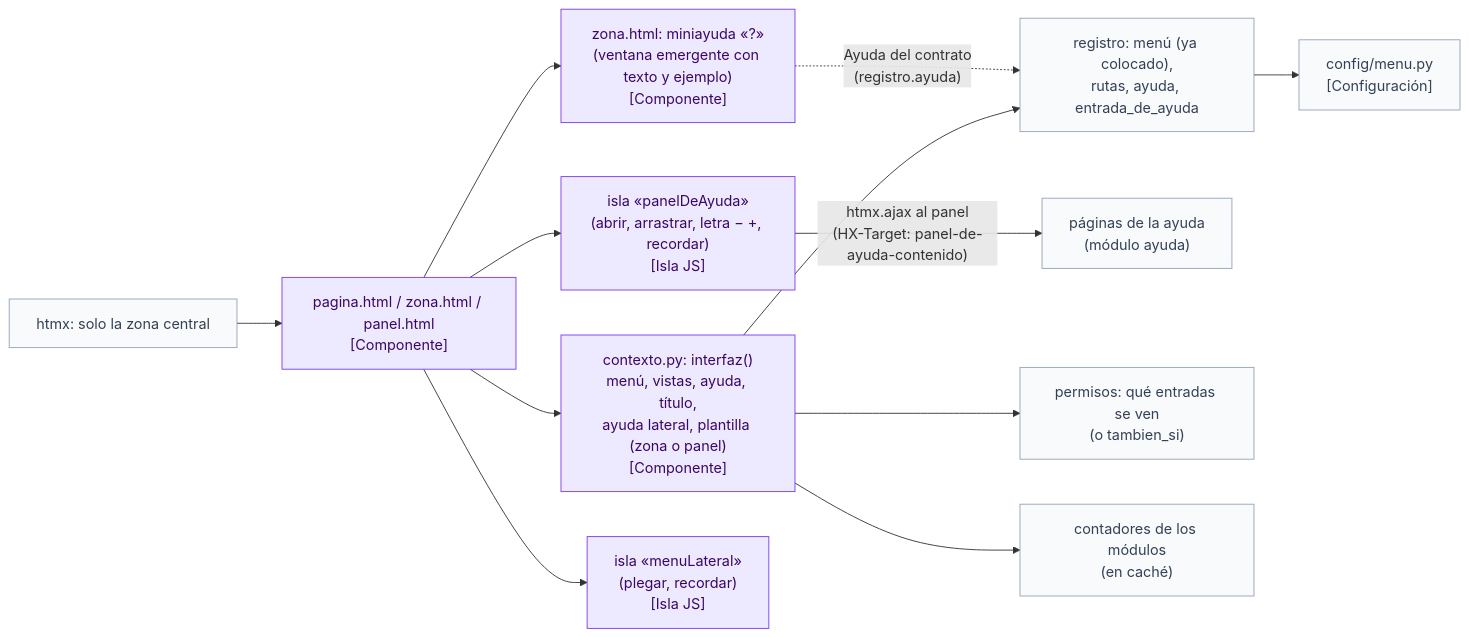
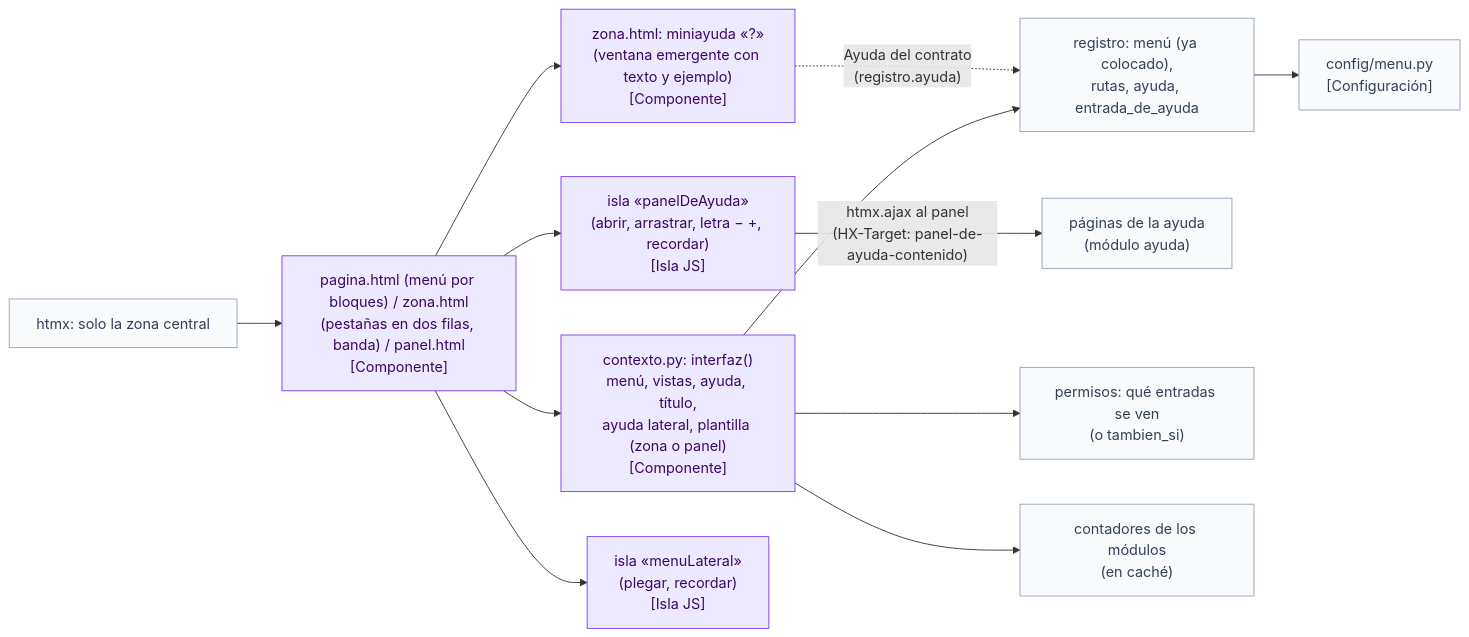
Before and after one commit to chemabc/groupy: diagram 29 of 34 in docs/arquitectura.md, drawn with Mermaid. The commit also changed other lines of this file and 135 other files, not shown here.

````diff
--- a/docs/arquitectura.md
+++ b/docs/arquitectura.md
@@ -781,27 +810,27 @@
 ```mermaid
 flowchart LR
   classDef comp fill:#ede9fe,stroke:#7c3aed,color:#3b0764
   classDef otro fill:#f8fafc,stroke:#94a3b8,color:#334155
-  pagina["pagina.html / zona.html / panel.html<br/>[Componente]"]:::comp
+  pagina["pagina.html (menú por bloques) / zona.html<br/>(pestañas en dos filas, banda) / panel.html<br/>[Componente]"]:::comp
   contexto["contexto.py: interfaz()<br/>menú, vistas, ayuda, título,<br/>ayuda lateral, plantilla (zona o panel)<br/>[Componente]"]:::comp
   registro["registro: menú (ya colocado),<br/>rutas, ayuda, entrada_de_ayuda"]:::otro
   disposicion["config/menu.py<br/>[Configuración]"]:::otro
   panelAyuda["isla «panelDeAyuda»<br/>(abrir, arrastrar, letra − +, recordar)<br/>[Isla JS]"]:::comp
   miniayuda["zona.html: miniayuda «?»<br/>(ventana emergente con texto y ejemplo)<br/>[Componente]"]:::comp
   paginasAyuda["páginas de la ayuda<br/>(módulo ayuda)"]:::otro
   permisos["permisos: qué entradas se ven<br/>(o tambien_si)"]:::otro
   contadores["contadores de los módulos<br/>(en caché)"]:::otro
   menuLateral["isla «menuLateral»<br/>(plegar, recordar)<br/>[Isla JS]"]:::comp
   htmx["htmx: solo la zona central"]:::otro
   contexto --> registro
   contexto --> permisos
   contexto --> contadores
   pagina --> contexto
   pagina --> menuLateral
   pagina --> panelAyuda
   panelAyuda -- "htmx.ajax al panel<br/>(HX-Target: panel-de-ayuda-contenido)" --> paginasAyuda
   pagina --> miniayuda
   miniayuda -. "Ayuda del contrato<br/>(registro.ayuda)" .-> registro
   registro --> disposicion
   htmx --> pagina
 ```
````
